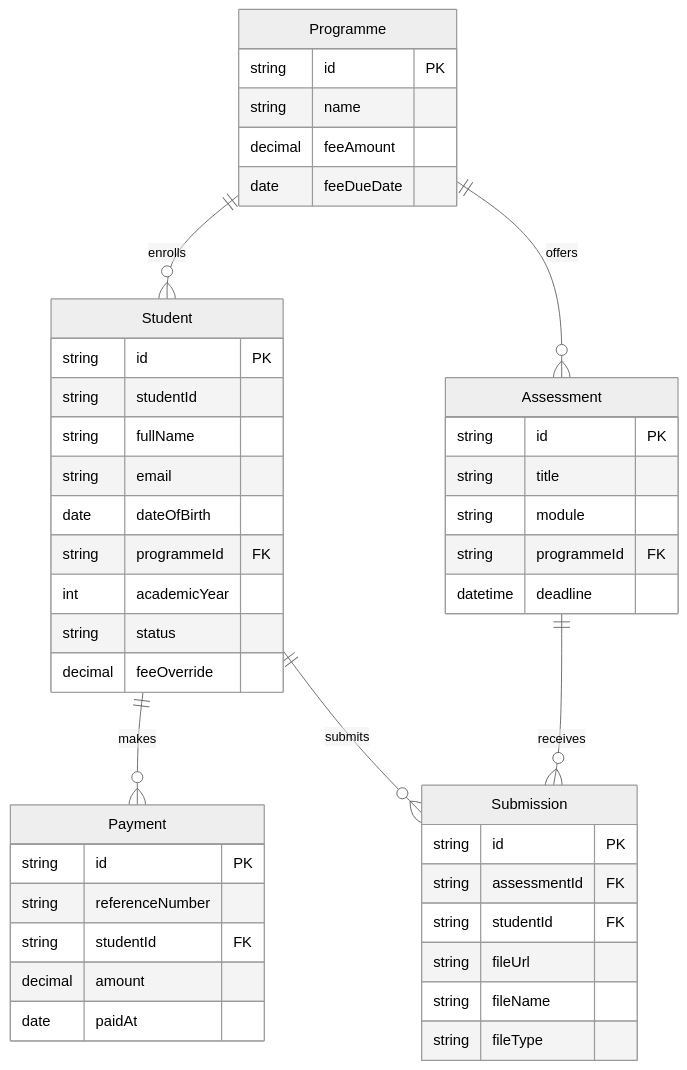
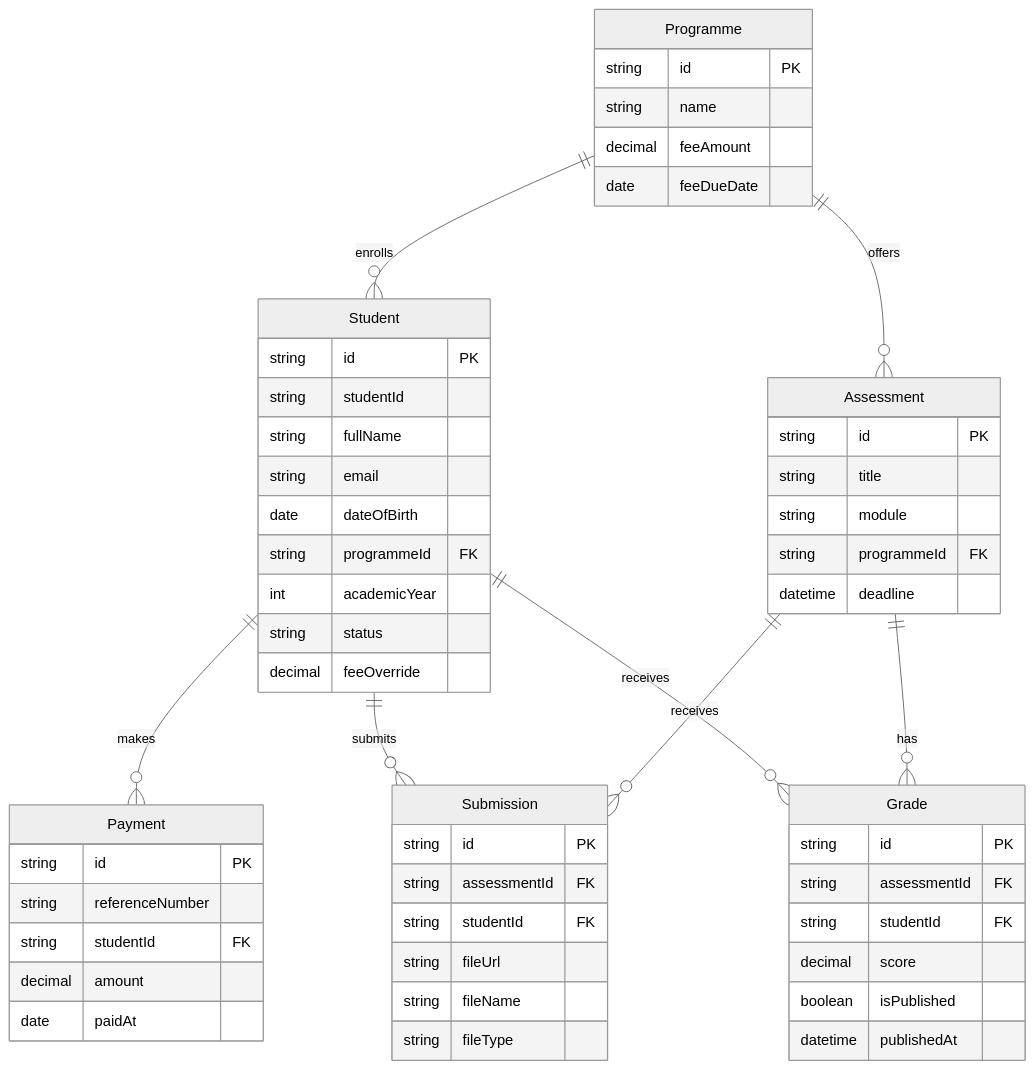
Before and after one commit to thinkGrow/sms-registry: the diagram in README.md, drawn with Mermaid (neutral theme). The commit also changed other lines of this file and 2 other files, not shown here.

Commit message:
feat: add Grade model with per-grade publish/withhold

````diff
--- a/README.md
+++ b/README.md
@@ -19,47 +19,57 @@
 ```mermaid
 erDiagram
     Programme ||--o{ Student : enrolls
     Student ||--o{ Payment : makes
     Programme ||--o{ Assessment : offers
     Student ||--o{ Submission : submits
     Assessment ||--o{ Submission : receives
+    Student ||--o{ Grade : receives
+    Assessment ||--o{ Grade : has
     Programme {
         string id PK
         string name
         decimal feeAmount
         date feeDueDate
     }
     Student {
         string id PK
         string studentId
         string fullName
         string email
         date dateOfBirth
         string programmeId FK
         int academicYear
         string status
         decimal feeOverride
     }
     Payment {
         string id PK
         string referenceNumber
         string studentId FK
         decimal amount
         date paidAt
     }
     Assessment {
         string id PK
         string title
         string module
         string programmeId FK
         datetime deadline
     }
     Submission {
         string id PK
         string assessmentId FK
         string studentId FK
         string fileUrl
         string fileName
         string fileType
     }
+    Grade {
+        string id PK
+        string assessmentId FK
+        string studentId FK
+        decimal score
+        boolean isPublished
+        datetime publishedAt
+    }
 ```
````
